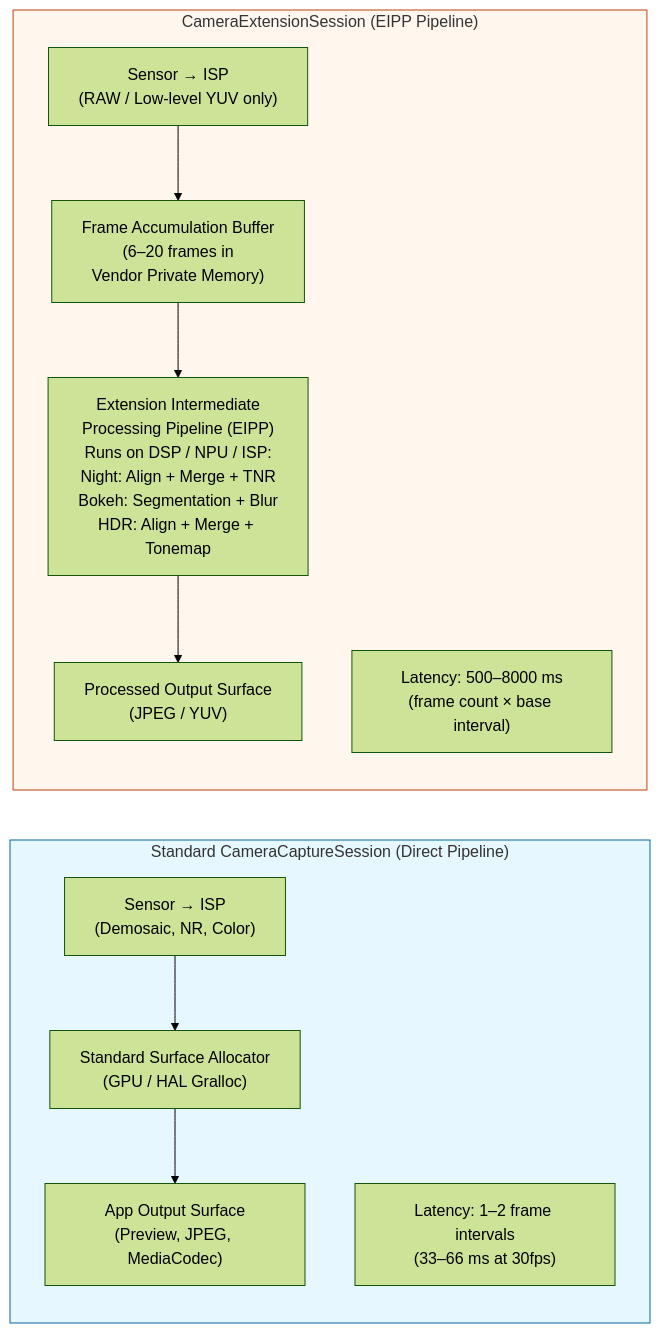
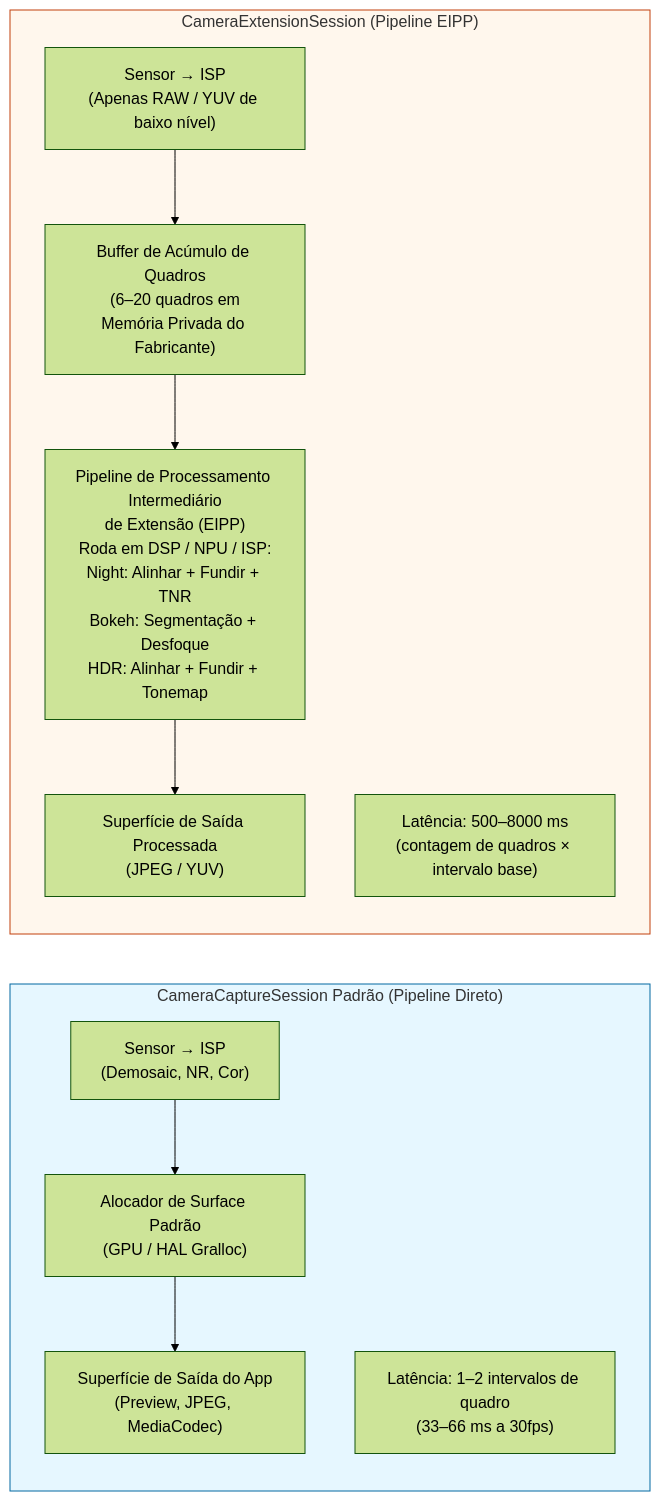
Before and after one commit to zoozooll/AndroidCameraParameters: the first of 2 diagrams in website/i18n/pt-BR/docusaurus-plugin-content-docs/current/camera2/camera-extensions.md, drawn with Mermaid (forest theme). The commit also changed other lines of this file and 378 other files, not shown here.

````diff
--- a/website/i18n/pt-BR/docusaurus-plugin-content-docs/current/camera2/camera-extensions.md
+++ b/website/i18n/pt-BR/docusaurus-plugin-content-docs/current/camera2/camera-extensions.md
@@ -34,24 +34,24 @@
 ```mermaid
 flowchart LR
-    subgraph STANDARD["Standard CameraCaptureSession (Direct Pipeline)"]
+    subgraph STANDARD["CameraCaptureSession Padrão (Pipeline Direto)"]
         direction TB
-        S1["Sensor → ISP\n(Demosaic, NR, Color)"]
-        S2["Standard Surface Allocator\n(GPU / HAL Gralloc)"]
-        S3["App Output Surface\n(Preview, JPEG, MediaCodec)"]
+        S1["Sensor → ISP<br/>(Demosaic, NR, Cor)"]
+        S2["Alocador de Surface Padrão<br/>(GPU / HAL Gralloc)"]
+        S3["Superfície de Saída do App<br/>(Preview, JPEG, MediaCodec)"]
         S1 --> S2 --> S3
-        SLAT["Latency: 1–2 frame intervals\n(33–66 ms at 30fps)"]
+        SLAT["Latência: 1–2 intervalos de quadro<br/>(33–66 ms a 30fps)"]
     end
 
-    subgraph EXTENSION["CameraExtensionSession (EIPP Pipeline)"]
+    subgraph EXTENSION["CameraExtensionSession (Pipeline EIPP)"]
         direction TB
-        E1["Sensor → ISP\n(RAW / Low-level YUV only)"]
-        E2["Frame Accumulation Buffer\n(6–20 frames in\nVendor Private Memory)"]
-        E3["Extension Intermediate\nProcessing Pipeline (EIPP)\nRuns on DSP / NPU / ISP:\nNight: Align + Merge + TNR\nBokeh: Segmentation + Blur\nHDR: Align + Merge + Tonemap"]
-        E4["Processed Output Surface\n(JPEG / YUV)"]
+        E1["Sensor → ISP<br/>(Apenas RAW / YUV de baixo nível)"]
+        E2["Buffer de Acúmulo de Quadros<br/>(6–20 quadros em<br/>Memória Privada do Fabricante)"]
+        E3["Pipeline de Processamento Intermediário<br/>de Extensão (EIPP)<br/>Roda em DSP / NPU / ISP:<br/>Night: Alinhar + Fundir + TNR<br/>Bokeh: Segmentação + Desfoque<br/>HDR: Alinhar + Fundir + Tonemap"]
+        E4["Superfície de Saída Processada<br/>(JPEG / YUV)"]
         E1 --> E2 --> E3 --> E4
-        ELAT["Latency: 500–8000 ms\n(frame count × base interval)"]
+        ELAT["Latência: 500–8000 ms<br/>(contagem de quadros × intervalo base)"]
     end
 
     style STANDARD fill:#e6f7ff,stroke:#0369a1
     style EXTENSION fill:#fff7ed,stroke:#c2410c
 ```
````
